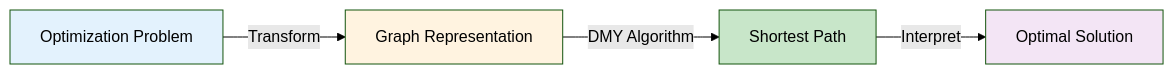
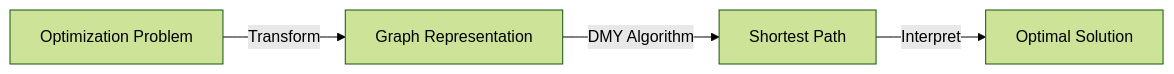
The first of 2 diagrams in examples/comprehensive_demo/DASHBOARD.md (danielchen26/OptimShortestPaths.jl), drawn with Mermaid (forest theme) before and after one commit. The commit also changed other lines of this file, not shown here.

First line of the commit message:
fix: simplify Mermaid diagrams for GitHub rendering

````diff
--- a/examples/comprehensive_demo/DASHBOARD.md
+++ b/examples/comprehensive_demo/DASHBOARD.md
@@ -27,11 +27,7 @@
 ```mermaid
 graph LR
-    A[Optimization Problem] -->|Transform| B[Graph Representation]
-    B -->|DMY Algorithm| C[Shortest Path]
-    C -->|Interpret| D[Optimal Solution]
+    A["Optimization Problem"] -->|Transform| B["Graph Representation"]
+    B -->|"DMY Algorithm"| C["Shortest Path"]
+    C -->|Interpret| D["Optimal Solution"]
 
-    style A fill:#E3F2FD
-    style B fill:#FFF3E0
-    style C fill:#C8E6C9
-    style D fill:#F3E5F5
 ```
````
